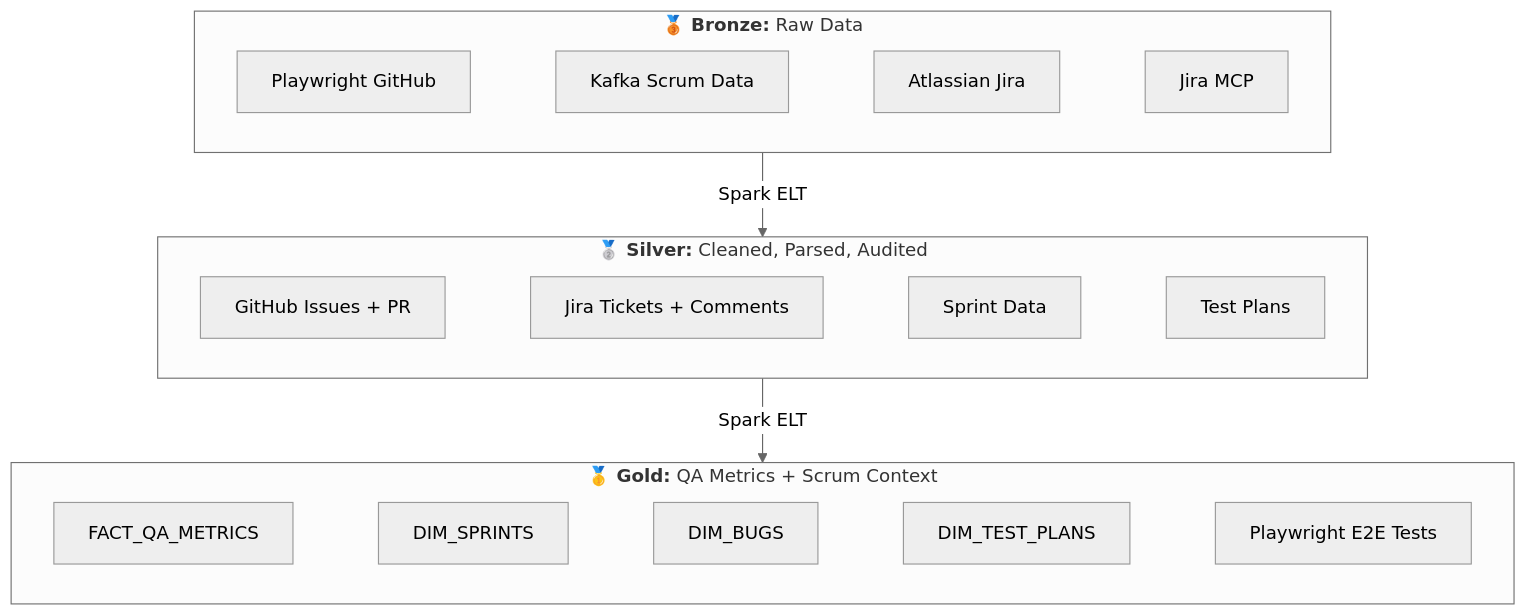
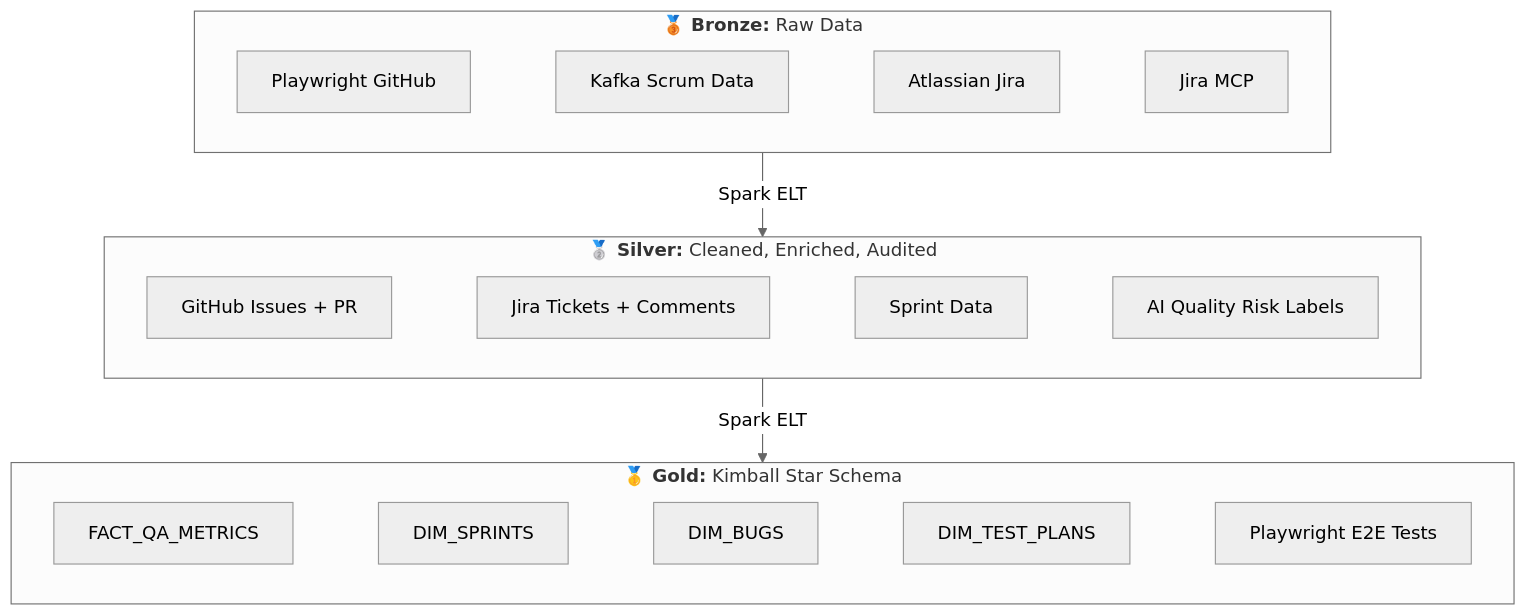
The second of 7 diagrams in README.md (BugMentor/sdet-agent), drawn with Mermaid (neutral theme) before and after one commit. The commit also changed other lines of this file and 4 other files, not shown here.

First line of the commit message:
Cleanup: remove GeoJSON artifacts, rename hazard→quality_risk, fix infra configs

````diff
--- a/README.md
+++ b/README.md
@@ -86,21 +87,21 @@
 ```mermaid
 flowchart TB
     subgraph BRONZE["<b>🥉 Bronze:</b> Raw Data"]
         direction LR
         B1[Playwright GitHub] ~~~ B2[Kafka Scrum Data] ~~~ B3[Atlassian Jira] ~~~ B4[Jira MCP]
     end
 
-    subgraph SILVER["<b>🥈 Silver:</b> Cleaned, Parsed, Audited"]
+    subgraph SILVER["<b>🥈 Silver:</b> Cleaned, Enriched, Audited"]
         direction LR
-        S1[GitHub Issues + PR] ~~~ S2[Jira Tickets + Comments] ~~~ S3[Sprint Data] ~~~ S4[Test Plans]
+        S1[GitHub Issues + PR] ~~~ S2[Jira Tickets + Comments] ~~~ S3[Sprint Data] ~~~         S4[AI Quality Risk Labels]
     end
 
-    subgraph GOLD["<b>🥇 Gold:</b> QA Metrics + Scrum Context"]
+    subgraph GOLD["<b>🥇 Gold:</b> Kimball Star Schema"]
         direction LR
         G1[FACT_QA_METRICS] ~~~ G2[DIM_SPRINTS] ~~~ G3[DIM_BUGS] ~~~ G4[DIM_TEST_PLANS] ~~~ G5[Playwright E2E Tests]
     end
 
     BRONZE -->|"Spark ELT"| SILVER
     SILVER -->|"Spark ELT"| GOLD
 
 ```
````
